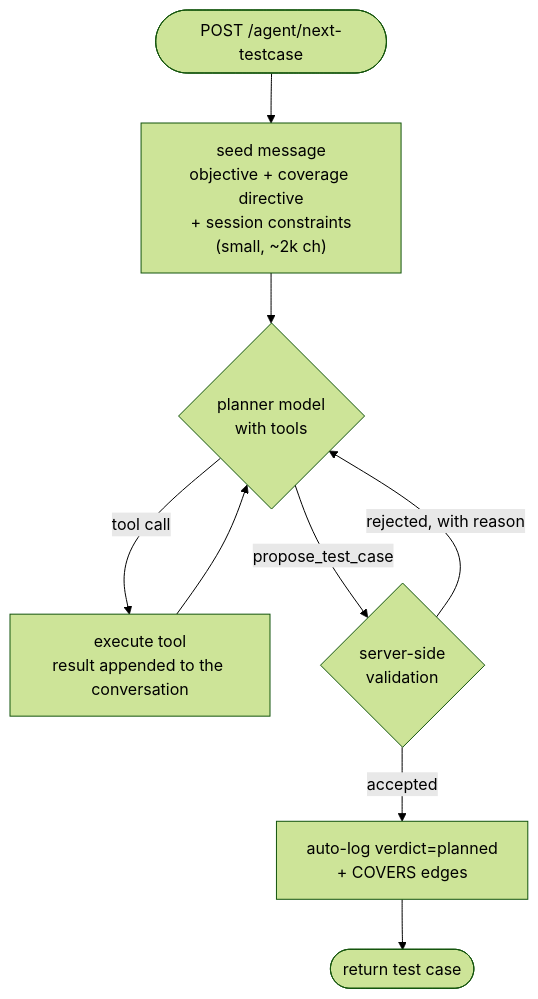
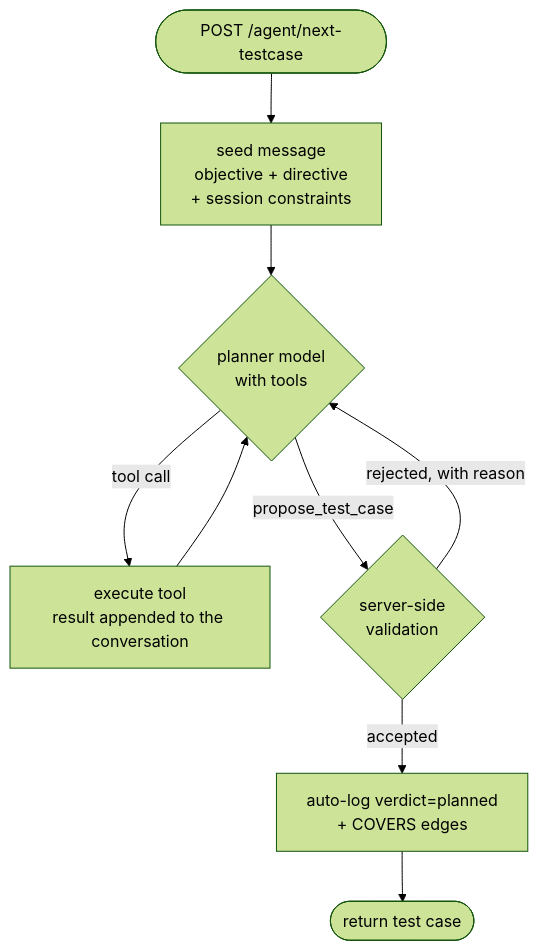
One commit to raihanrsdV1/Exploratory-Testing-Planner-Agent changed the diagram in docs/PLANNER_REDESIGN.md. Above: the diagram before and after it, drawn with Mermaid (forest theme). The commit also changed other lines of this file and 19 other files, not shown here.

````diff
--- a/docs/PLANNER_REDESIGN.md
+++ b/docs/PLANNER_REDESIGN.md
@@ -80,11 +81,11 @@
 ```mermaid
 flowchart TD
-    S([POST /agent/next-testcase]) --> SEED["seed message<br/>objective + coverage directive<br/>+ session constraints<br/>(small, ~2k ch)"]
+    S([POST /agent/next-testcase]) --> SEED["seed message<br/>objective + directive<br/>+ session constraints"]
     SEED --> LLM{"planner model<br/>with tools"}
     LLM -->|tool call| T["execute tool<br/>result appended to the conversation"]
     T --> LLM
     LLM -->|propose_test_case| V{"server-side<br/>validation"}
     V -->|rejected, with reason| LLM
     V -->|accepted| LOG["auto-log verdict=planned<br/>+ COVERS edges"]
     LOG --> E([return test case])
 ```
````
